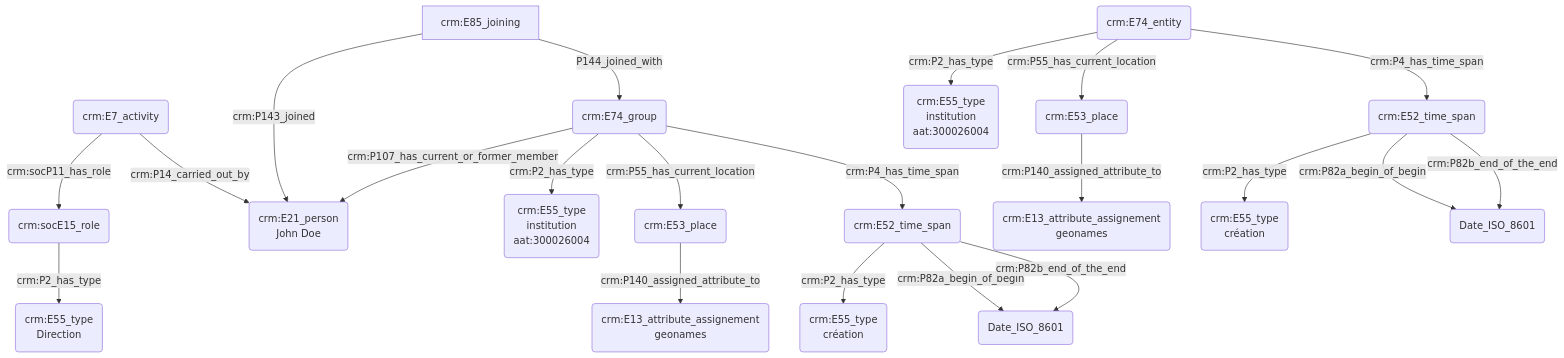
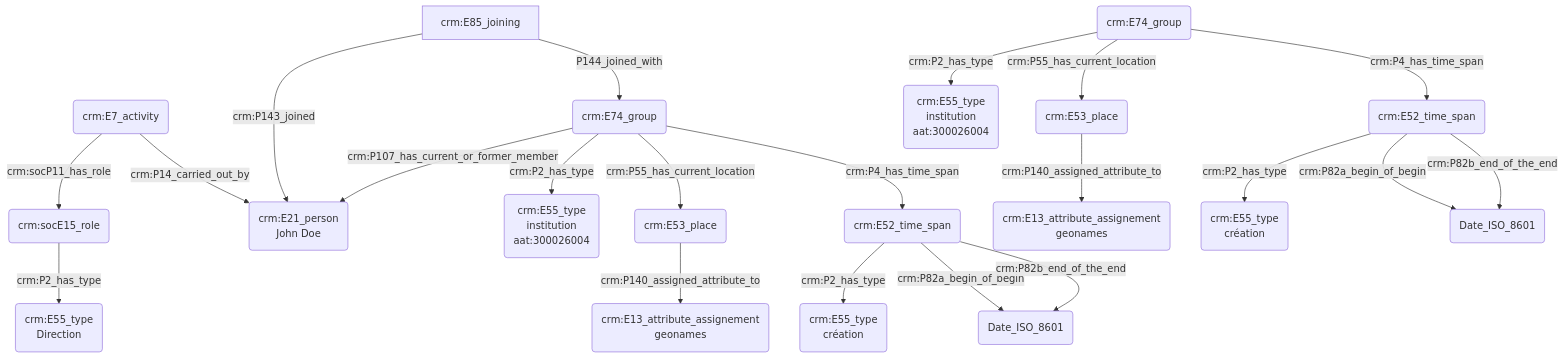
The diagram in modules/livrables/Dossier 2/Prosopographie/statut ou rôle au sein d'une institution.md (Amleth/consortium-musica2-gt2-ontologies), drawn with Mermaid before and after one commit.

Commit message:
Update statut ou rôle au sein d'une institution.md

````diff
--- a/modules/livrables/Dossier 2/Prosopographie/statut ou rôle au sein d'une institution.md
+++ b/modules/livrables/Dossier 2/Prosopographie/statut ou rôle au sein d'une institution.md
@@ -11,28 +11,28 @@
 ```mermaid
 graph TD;
 
 H(crm:E7_activity) --> |crm:socP11_has_role| J(crm:socE15_role)
 J(crm:socE15_role) -->|crm:P2_has_type| I(crm:E55_type<br>Direction)
 H(crm:E7_activity) --> |crm:P14_carried_out_by| K(crm:E21_person<br>John Doe)
 
 L[crm:E85_joining] -->|crm:P143_joined| K(crm:E21_person<br>John Doe)
 M(crm:E74_group) --> |crm:P107_has_current_or_former_member| K(crm:E21_person<br>John Doe)
 L[crm:E85_joining] --> |P144_joined_with| M(crm:E74_group)
 
 M(crm:E74_group) -->|crm:P2_has_type| N(crm:E55_type<br>institution<br>aat:300026004)
 M(crm:E74_group) -->|crm:P55_has_current_location| O(crm:E53_place)
 O(crm:E53_place) -->|crm:P140_assigned_attribute_to| P(crm:E13_attribute_assignement<br>geonames)
 M(crm:E74_group) -->|crm:P4_has_time_span| R(crm:E52_time_span)
 R(crm:E52_time_span) -->|crm:P2_has_type| T(crm:E55_type<br>création)
 R(crm:E52_time_span) -->|crm:P82a_begin_of_begin| S(Date_ISO_8601)
 R(crm:E52_time_span) -->|crm:P82b_end_of_the_end| S(Date_ISO_8601)
 
-A(crm:E74_entity) -->|crm:P2_has_type| B(crm:E55_type<br>institution<br>aat:300026004)
-A(crm:E1_entity) -->|crm:P55_has_current_location| C(crm:E53_place)
+A(crm:E74_group) -->|crm:P2_has_type| B(crm:E55_type<br>institution<br>aat:300026004)
+A(crm:E1_group) -->|crm:P55_has_current_location| C(crm:E53_place)
 C(crm:E53_place) -->|crm:P140_assigned_attribute_to| D(crm:E13_attribute_assignement<br>geonames)
-A(crm:E74_entity) -->|crm:P4_has_time_span| E(crm:E52_time_span)
+A(crm:E74_group) -->|crm:P4_has_time_span| E(crm:E52_time_span)
 E(crm:E52_time_span) -->|crm:P2_has_type| G(crm:E55_type<br>création)
 E(crm:E52_time_span) -->|crm:P82a_begin_of_begin| F(Date_ISO_8601)
 E(crm:E52_time_span) -->|crm:P82b_end_of_the_end| F(Date_ISO_8601)
 
 ```
````
